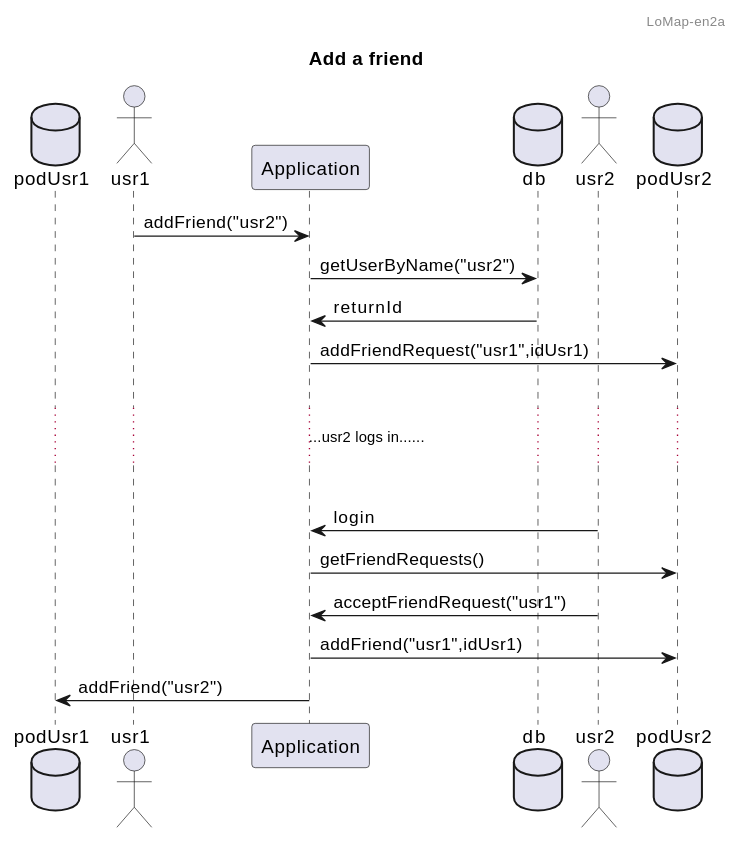
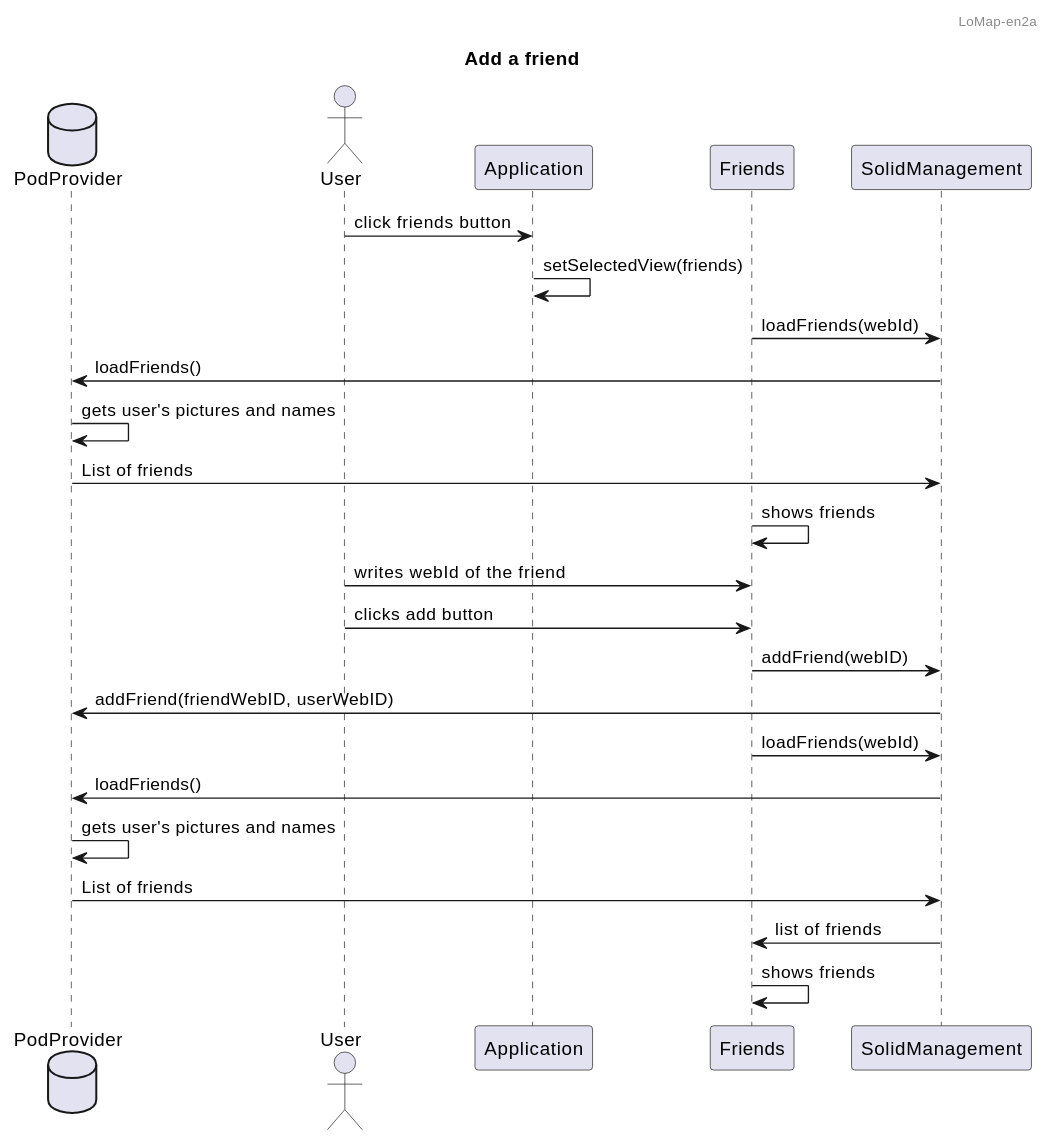
One commit to Arquisoft/lomap_en2a changed the fourth of 5 diagrams in docs/06_runtime_view.adoc. Above: the diagram before and after it, drawn with PlantUML. The commit also changed other lines of this file, not shown here.

Commit message:
Runtime view.

```diff
--- a/docs/06_runtime_view.adoc
+++ b/docs/06_runtime_view.adoc
@@ -90,29 +103,31 @@
 [plantuml,"Add a friend",png]
 ----
 @startuml
 
 header LoMap-en2a
 
 title Add a friend
 
-database podUsr1
-actor usr1
+database PodProvider
+actor User
 
-usr1 -> Application : addFriend("usr2")
-database db
-Application -> db : getUserByName("usr2")
-db -> Application : returnId
-actor usr2
-database podUsr2
-Application -> podUsr2 : addFriendRequest("usr1",idUsr1)
-|||
-......usr2 logs in.........
-|||
-usr2 -> Application : login
-Application -> podUsr2 : getFriendRequests()
-usr2 -> Application : acceptFriendRequest("usr1")
-Application -> podUsr2 : addFriend("usr1",idUsr1)
-Application -> podUsr1 : addFriend("usr2")
+User -> Application: click friends button
+Application -> Application: setSelectedView(friends)
+Friends -> SolidManagement: loadFriends(webId)
+SolidManagement -> PodProvider: loadFriends()
+PodProvider -> PodProvider: gets user's pictures and names
+PodProvider -> SolidManagement: List of friends
+Friends -> Friends: shows friends
+User -> Friends: writes webId of the friend
+User -> Friends: clicks add button
+Friends -> SolidManagement: addFriend(webID)
+SolidManagement -> PodProvider: addFriend(friendWebID, userWebID)
+Friends -> SolidManagement: loadFriends(webId)
+SolidManagement -> PodProvider: loadFriends()
+PodProvider -> PodProvider: gets user's pictures and names
+PodProvider -> SolidManagement: List of friends
+SolidManagement -> Friends: list of friends
+Friends -> Friends: shows friends
 
 @enduml
 ----
```
